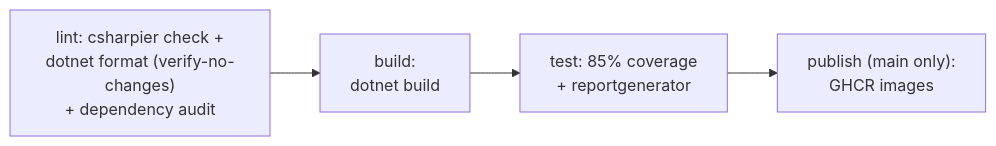
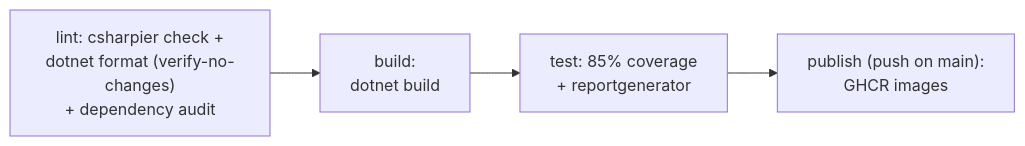
Before and after one commit to davwales/ouranos-pantheon: the second of 2 diagrams in docs/architecture/07-deployment-view.md, drawn with Mermaid. The commit also changed other lines of this file and 3 other files, not shown here.

````diff
--- a/docs/architecture/07-deployment-view.md
+++ b/docs/architecture/07-deployment-view.md
@@ -91,6 +91,6 @@
 ```mermaid
 graph LR
     lint["lint: csharpier check +<br/>dotnet format (verify-no-changes)<br/>+ dependency audit"] --> build["build:<br/>dotnet build"]
     build --> test["test: 85% coverage<br/>+ reportgenerator"]
-    test --> publish["publish (main only):<br/>GHCR images"]
+    test --> publish["publish (push on main):<br/>GHCR images"]
 ```
````
